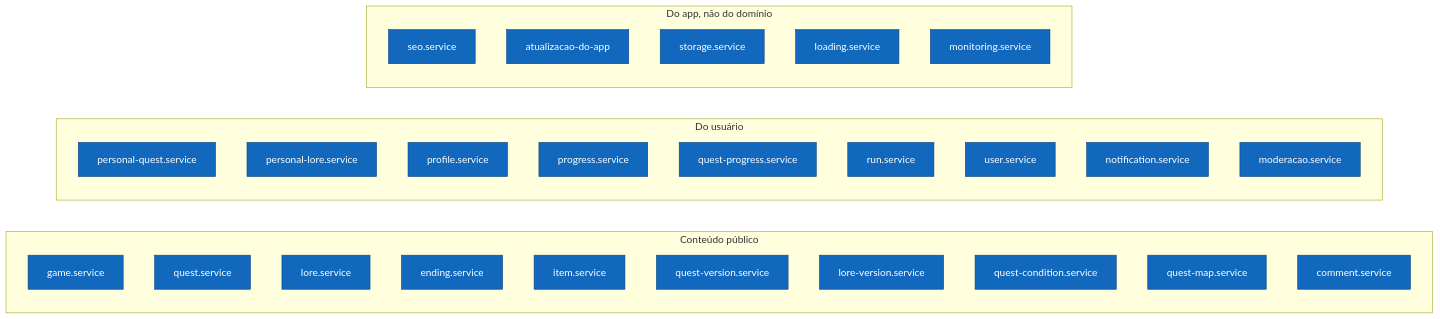
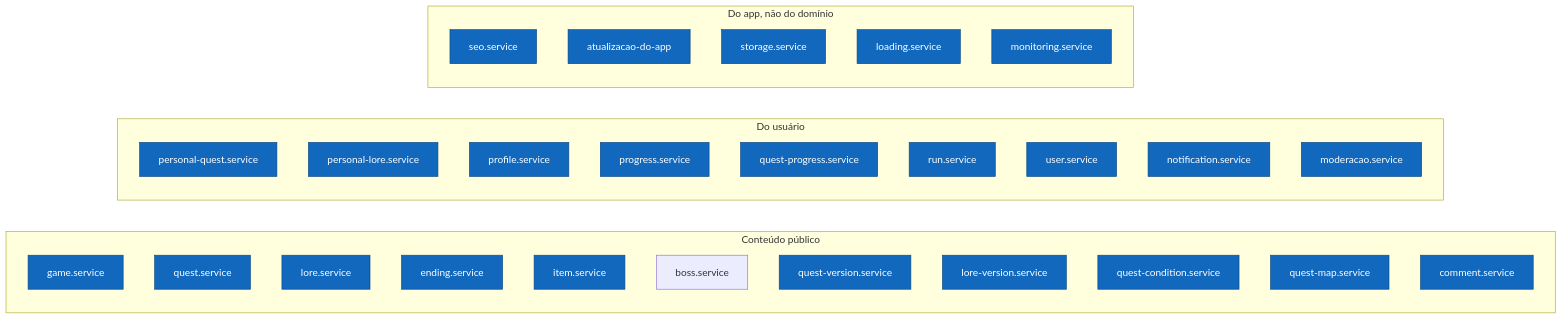
Before and after one commit to xcorpiiion/souls-guide-front: the second of 3 diagrams in docs/arquitetura/c4-3-componentes-front.md, drawn with Mermaid. The commit also changed 12 other files, not shown here.

````diff
--- a/docs/arquitetura/c4-3-componentes-front.md
+++ b/docs/arquitetura/c4-3-componentes-front.md
@@ -68,38 +68,39 @@
 ```mermaid
 flowchart LR
     subgraph conteudo ["Conteúdo público"]
         game["game.service"]
         quest["quest.service"]
         lore["lore.service"]
         ending["ending.service"]
         item["item.service"]
+        boss["boss.service"]
         questVersion["quest-version.service"]
         loreVersion["lore-version.service"]
         questCondition["quest-condition.service"]
         questMap["quest-map.service"]
         comment["comment.service"]
     end
 
     subgraph pessoal ["Do usuário"]
         personalQuest["personal-quest.service"]
         personalLore["personal-lore.service"]
         profile["profile.service"]
         progress["progress.service"]
         questProgress["quest-progress.service"]
         run["run.service"]
         user["user.service"]
         notification["notification.service"]
         moderacao["moderacao.service"]
     end
 
     subgraph infra ["Do app, não do domínio"]
         seo["seo.service"]
         atualizacao["atualizacao-do-app"]
         storage["storage.service"]
         loading["loading.service"]
         monitoring["monitoring.service"]
     end
 
     classDef s fill:#1168bd,stroke:#0b4884,color:#fff
     class game,quest,lore,ending,item,questVersion,loreVersion,questCondition,questMap,comment,personalQuest,personalLore,profile,progress,questProgress,run,user,notification,moderacao,seo,atualizacao,storage,loading,monitoring s
 ```
````
